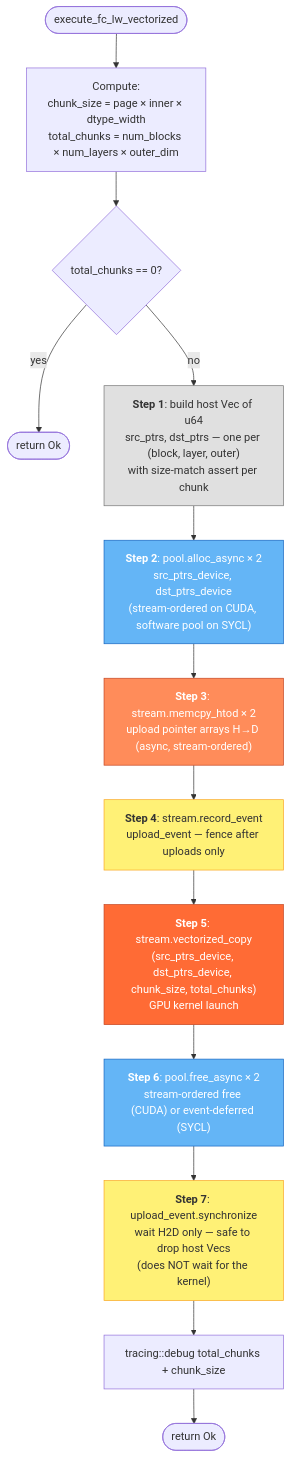
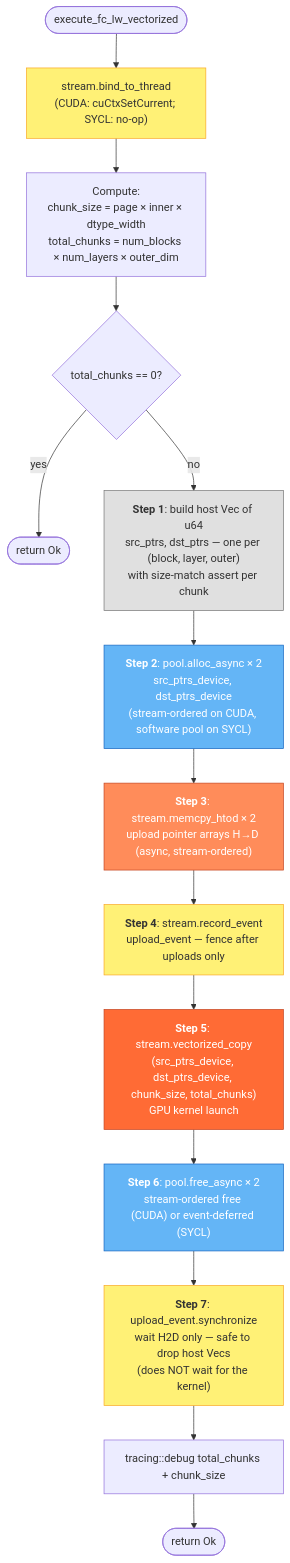
One commit to ai-dynamo/dynamo changed the third of 4 diagrams in lib/kvbm-physical/docs/device_executor_flow.md. Above: the diagram before and after it, drawn with Mermaid. The commit also changed other lines of this file and 26 other files, not shown here.

````diff
--- a/lib/kvbm-physical/docs/device_executor_flow.md
+++ b/lib/kvbm-physical/docs/device_executor_flow.md
@@ -139,30 +154,32 @@
 ```mermaid
 flowchart TD
-    START([execute_fc_lw_vectorized]) --> CALC["Compute:<br/>chunk_size = page × inner × dtype_width<br/>total_chunks = num_blocks × num_layers × outer_dim"]
+    START([execute_fc_lw_vectorized]) --> BIND["stream.bind_to_thread<br/>(CUDA: cuCtxSetCurrent; SYCL: no-op)"]
+    BIND --> CALC["Compute:<br/>chunk_size = page × inner × dtype_width<br/>total_chunks = num_blocks × num_layers × outer_dim"]
     CALC --> CHK{total_chunks == 0?}
     CHK -- yes --> DONE([return Ok])
     CHK -- no --> S1["<b>Step 1</b>: build host Vec of u64<br/>src_ptrs, dst_ptrs — one per (block, layer, outer)<br/>with size-match assert per chunk"]
 
     S1 --> S2["<b>Step 2</b>: pool.alloc_async × 2<br/>src_ptrs_device, dst_ptrs_device<br/>(stream-ordered on CUDA, software pool on SYCL)"]
 
     S2 --> S3["<b>Step 3</b>: stream.memcpy_htod × 2<br/>upload pointer arrays H→D (async, stream-ordered)"]
 
     S3 --> S4["<b>Step 4</b>: stream.record_event<br/>upload_event — fence after uploads only"]
 
     S4 --> S5["<b>Step 5</b>: stream.vectorized_copy<br/>(src_ptrs_device, dst_ptrs_device, chunk_size, total_chunks)<br/>GPU kernel launch"]
 
     S5 --> S6["<b>Step 6</b>: pool.free_async × 2<br/>stream-ordered free (CUDA) or event-deferred (SYCL)"]
 
     S6 --> S7["<b>Step 7</b>: upload_event.synchronize<br/>wait H2D only — safe to drop host Vecs<br/>(does NOT wait for the kernel)"]
 
     S7 --> LOG[tracing::debug total_chunks + chunk_size]
     LOG --> DONE2([return Ok])
 
+    style BIND fill:#fff176,stroke:#f9a825
     style S1 fill:#e0e0e0,stroke:#757575
     style S2 fill:#64b5f6,stroke:#1565c0,color:#fff
     style S3 fill:#ff8c5a,stroke:#c44520,color:#fff
     style S4 fill:#fff176,stroke:#f9a825
     style S5 fill:#ff6b35,stroke:#c44520,color:#fff
     style S6 fill:#64b5f6,stroke:#1565c0,color:#fff
     style S7 fill:#fff176,stroke:#f9a825
 ```
````
